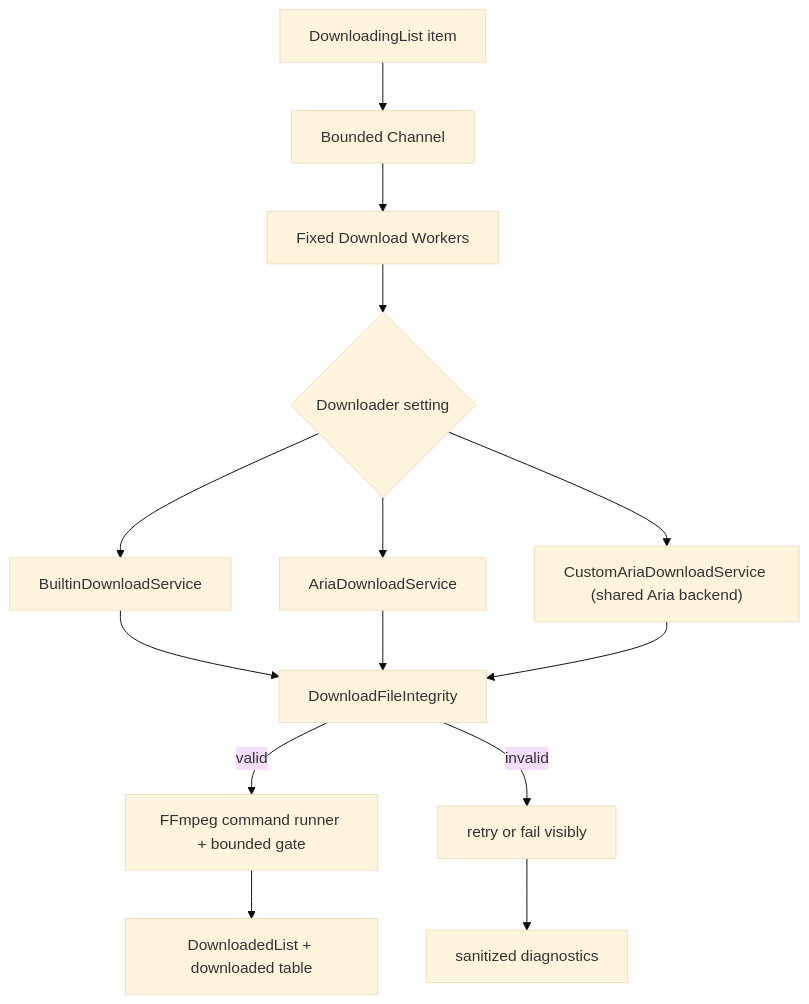
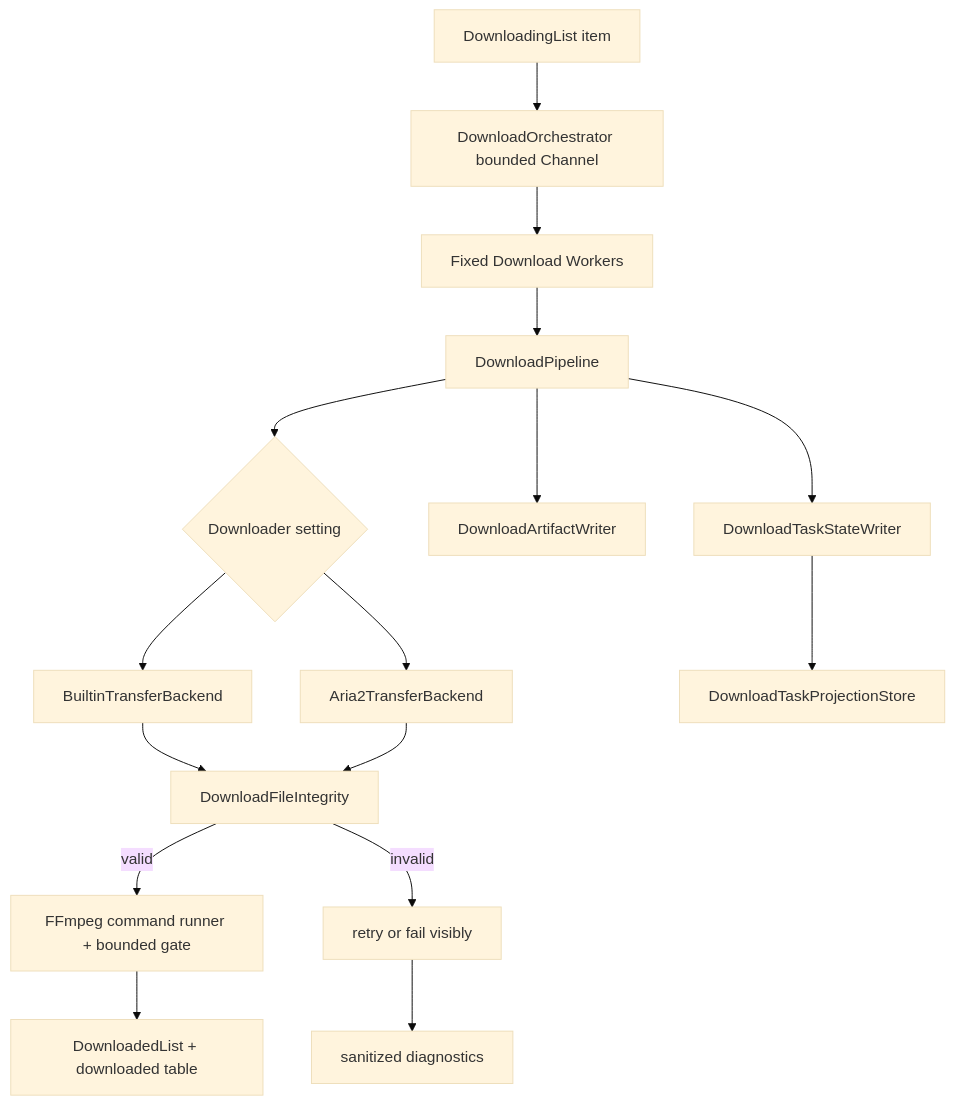
One commit to crazysmile-PhD/downkyicore changed the fourth of 4 diagrams in docs/ai-knowledge-graph.md. Above: the diagram before and after it, drawn with Mermaid (base theme). The commit also changed other lines of this file and 4 other files, not shown here.

````diff
--- a/docs/ai-knowledge-graph.md
+++ b/docs/ai-knowledge-graph.md
@@ -1802,16 +1943,18 @@
 ```mermaid
 flowchart TD
-    Queue["DownloadingList item"] --> Channel["Bounded Channel"]
+    Queue["DownloadingList item"] --> Channel["DownloadOrchestrator bounded Channel"]
     Channel --> Runtime["Fixed Download Workers"]
-    Runtime --> Choice{"Downloader setting"}
-    Choice --> Builtin["BuiltinDownloadService"]
-    Choice --> Aria["AriaDownloadService"]
-    Choice --> CustomAria["CustomAriaDownloadService (shared Aria backend)"]
+    Runtime --> Pipeline["DownloadPipeline"]
+    Pipeline --> Choice{"Downloader setting"}
+    Choice --> Builtin["BuiltinTransferBackend"]
+    Choice --> Aria["Aria2TransferBackend"]
+    Pipeline --> Artifacts["DownloadArtifactWriter"]
+    Pipeline --> State["DownloadTaskStateWriter"]
     Builtin --> Integrity["DownloadFileIntegrity"]
     Aria --> Integrity
-    CustomAria --> Integrity
     Integrity -->|valid| FFmpeg["FFmpeg command runner + bounded gate"]
     Integrity -->|invalid| Retry["retry or fail visibly"]
     FFmpeg --> Complete["DownloadedList + downloaded table"]
+    State --> Projection["DownloadTaskProjectionStore"]
     Retry --> Logs["sanitized diagnostics"]
 ```
````
